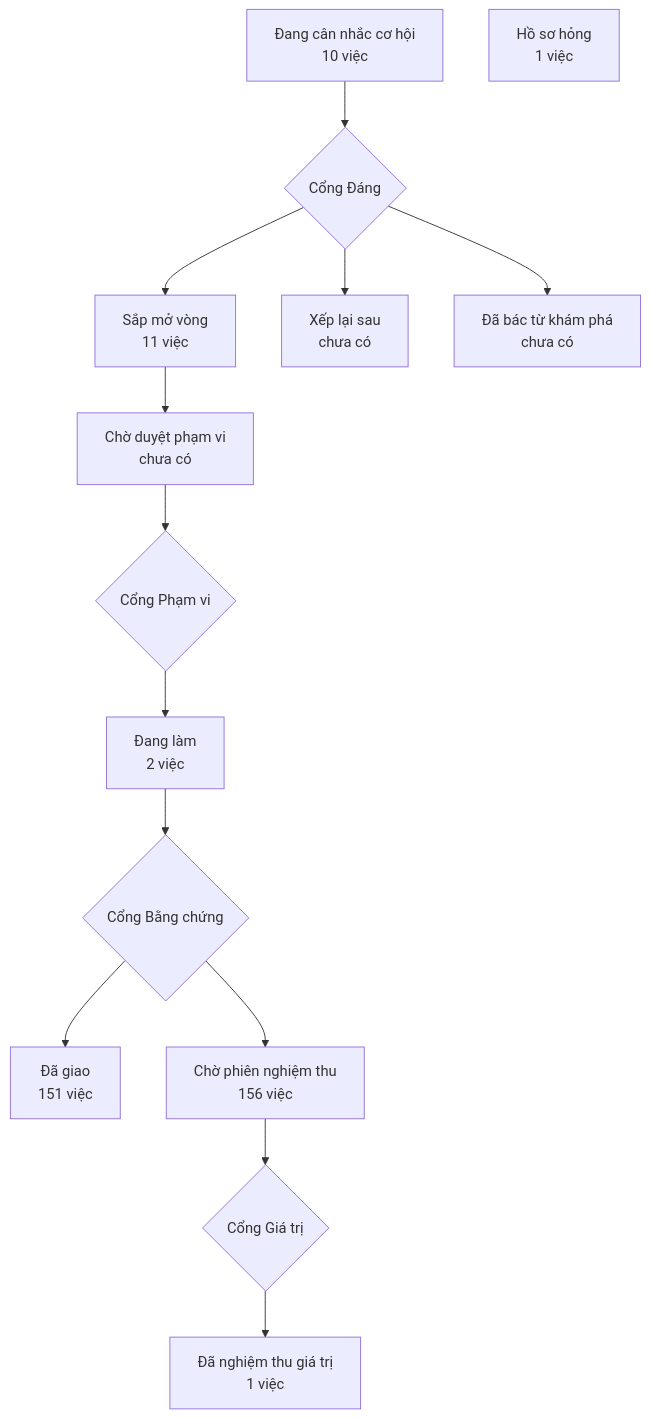
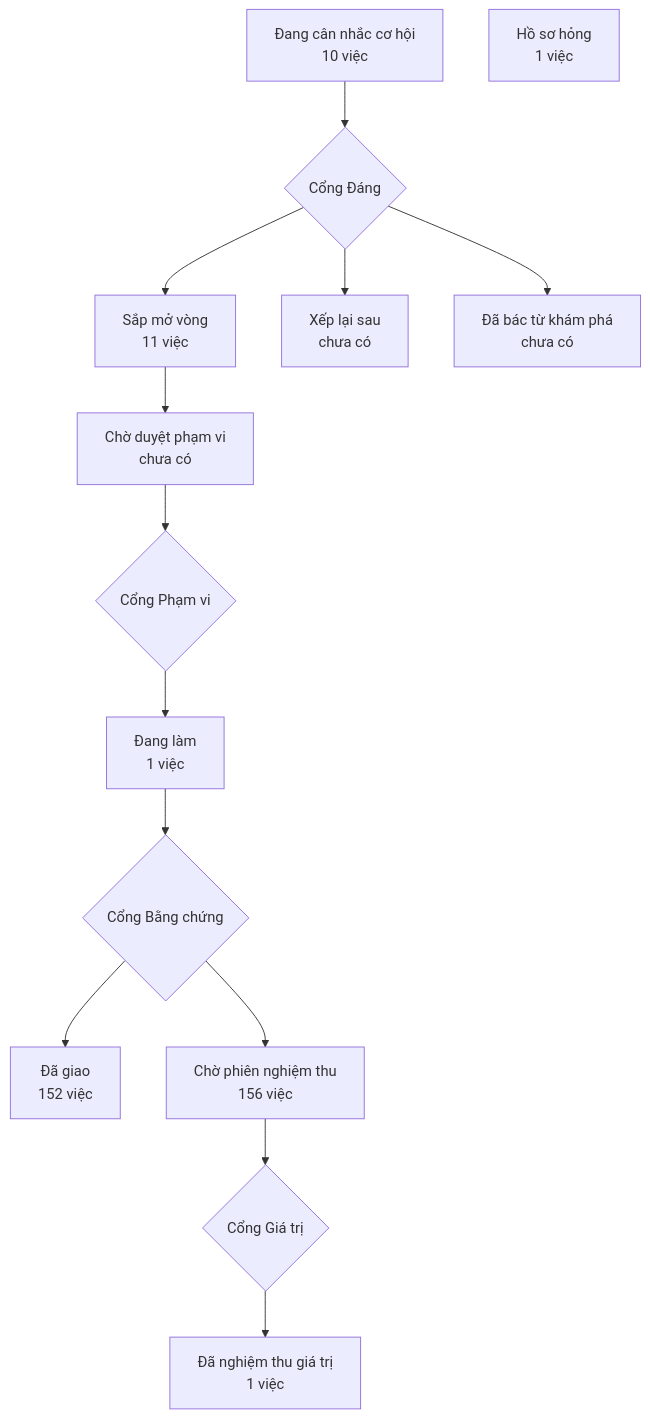
The diagram in PRODUCT-MAP.md (phanlemanh/crm-onehub), drawn with Mermaid before and after one commit. The commit also changed 4 other files, not shown here.

````diff
--- a/PRODUCT-MAP.md
+++ b/PRODUCT-MAP.md
@@ -7,13 +7,13 @@
 ```mermaid
 flowchart TD
   A["Đang cân nhắc cơ hội<br/>10 việc"] --> GD{"Cổng Đáng"}
   GD --> B["Sắp mở vòng<br/>11 việc"]
   GD --> XL["Xếp lại sau<br/>chưa có"]
   GD --> DB["Đã bác từ khám phá<br/>chưa có"]
   B --> CD["Chờ duyệt phạm vi<br/>chưa có"] --> GP{"Cổng Phạm vi"}
-  GP --> DL["Đang làm<br/>2 việc"] --> GB{"Cổng Bằng chứng"}
-  GB --> DG["Đã giao<br/>151 việc"]
+  GP --> DL["Đang làm<br/>1 việc"] --> GB{"Cổng Bằng chứng"}
+  GB --> DG["Đã giao<br/>152 việc"]
   GB --> CN["Chờ phiên nghiệm thu<br/>156 việc"] --> GG{"Cổng Giá trị"}
   GG --> NT["Đã nghiệm thu giá trị<br/>1 việc"]
   HS["Hồ sơ hỏng<br/>1 việc"]
 ```
````
